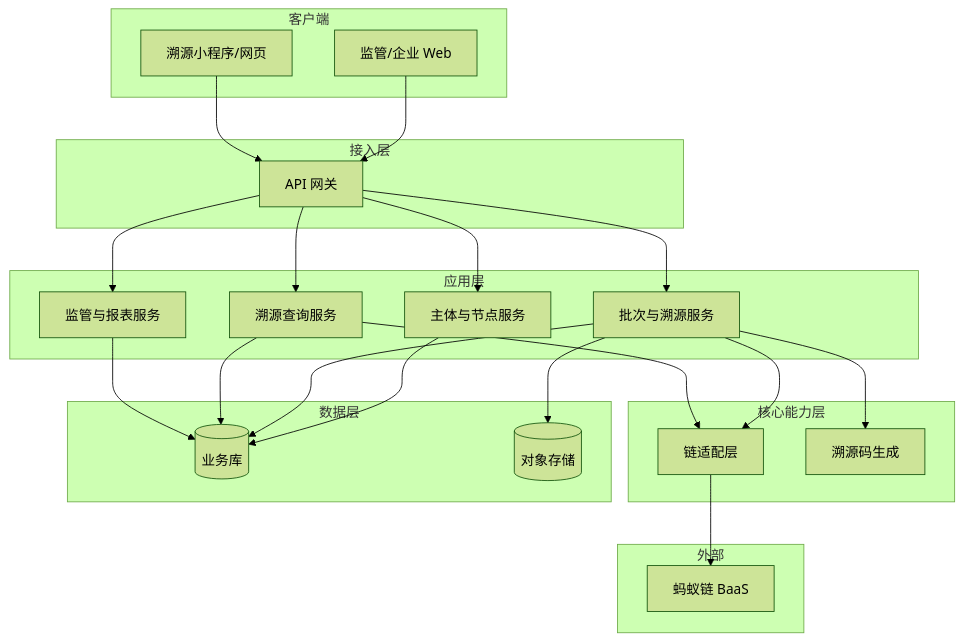
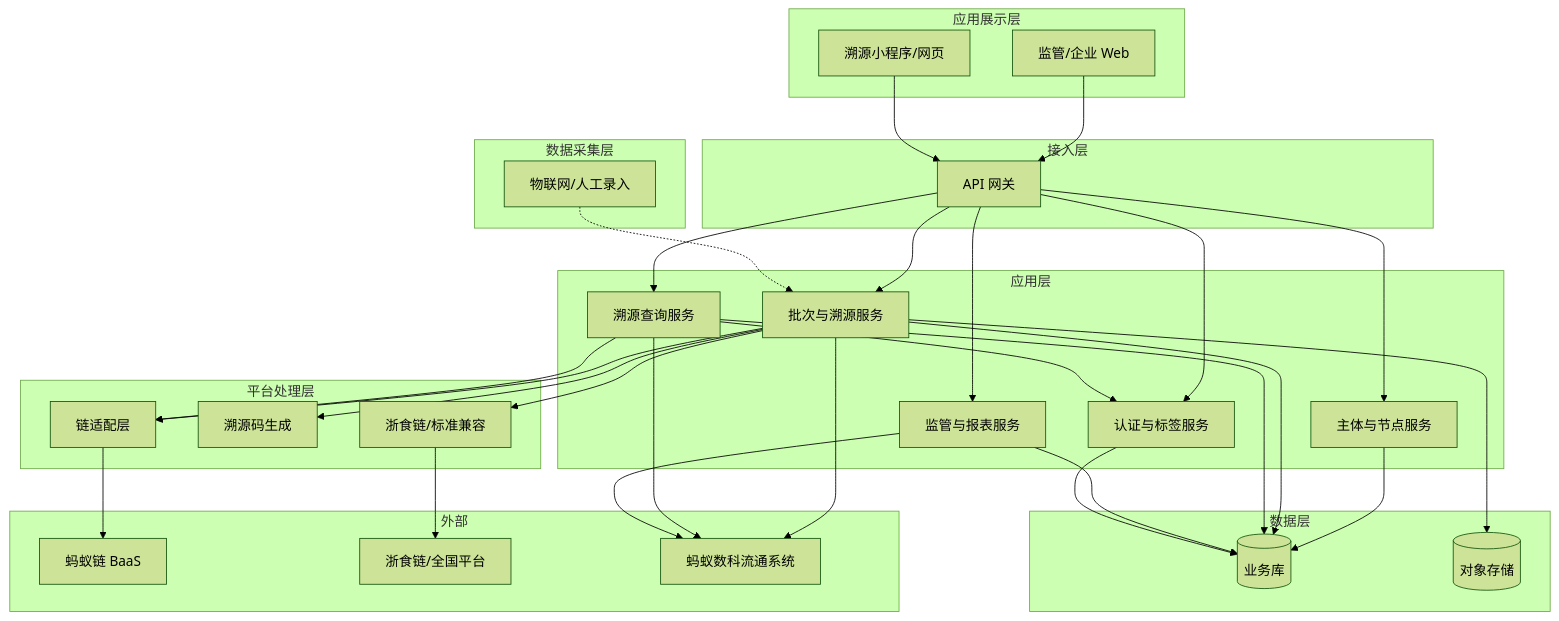
Before and after one commit to FeifanTech/newAINativeMethod: the diagram in docs/QIANDAO_LAKE_TRACEABILITY_TECH_SOLUTION.md, drawn with Mermaid (forest theme). The commit also changed other lines of this file and 2 other files, not shown here.

````diff
--- a/docs/QIANDAO_LAKE_TRACEABILITY_TECH_SOLUTION.md
+++ b/docs/QIANDAO_LAKE_TRACEABILITY_TECH_SOLUTION.md
@@ -40,48 +43,65 @@
 ```mermaid
 flowchart TB
-    subgraph Client["客户端"]
+    subgraph Client["应用展示层"]
         WebAdmin["监管/企业 Web"]
         MiniProgram["溯源小程序/网页"]
     end
 
     subgraph Gateway["接入层"]
         API["API 网关"]
     end
 
     subgraph App["应用层"]
         Subject["主体与节点服务"]
         Batch["批次与溯源服务"]
         Trace["溯源查询服务"]
         Gov["监管与报表服务"]
+        Cert["认证与标签服务"]
     end
 
-    subgraph Core["核心能力层"]
+    subgraph Core["平台处理层"]
         ChainAdapter["链适配层"]
         CodeGen["溯源码生成"]
+        StdCompat["浙食链/标准兼容"]
     end
 
     subgraph External["外部"]
         AntChain["蚂蚁链 BaaS"]
+        ZJChain["浙食链/全国平台"]
+        AntDigital["蚂蚁数科流通系统"]
     end
 
     subgraph Data["数据层"]
         DB[(业务库)]
         OSS[("对象存储")]
+    end
+
+    subgraph Collect["数据采集层"]
+        IoT["物联网/人工录入"]
     end
 
     WebAdmin --> API
     MiniProgram --> API
     API --> Subject
     API --> Batch
     API --> Trace
     API --> Gov
+    API --> Cert
     Subject --> DB
     Batch --> DB
     Batch --> ChainAdapter
     Batch --> CodeGen
+    Batch --> StdCompat
     Trace --> DB
     Trace --> ChainAdapter
+    Trace --> Cert
     Gov --> DB
+    Cert --> DB
     ChainAdapter --> AntChain
+    StdCompat --> ZJChain
+    Batch --> AntDigital
+    Trace --> AntDigital
+    Gov --> AntDigital
     Batch --> OSS
+    IoT -.-> Batch
 ```
````
